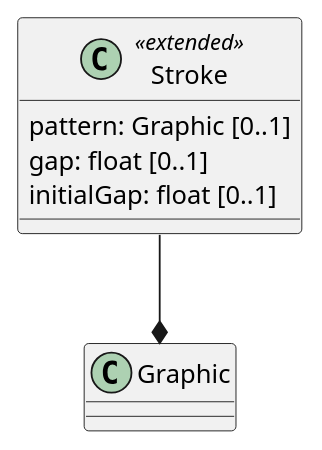
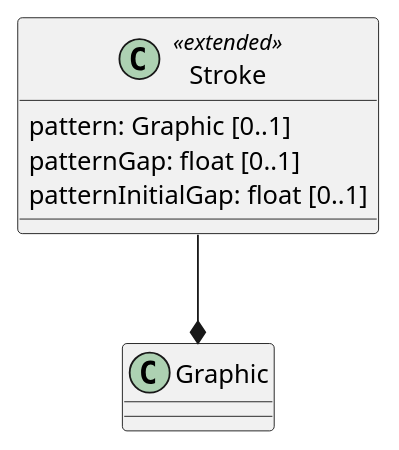
One commit to opengeospatial/styles-and-symbology changed the fourth of 4 diagrams in core/sections/clause_13_advanced_strokes.adoc. Above: the diagram before and after it, drawn with PlantUML. The commit also changed other lines of this file, not shown here.

Commit message:
13-advanced strokes: Prefixing gap/initialGap with 'pattern'

```diff
--- a/core/sections/clause_13_advanced_strokes.adoc
+++ b/core/sections/clause_13_advanced_strokes.adoc
@@ -116,8 +116,8 @@
 [plantuml, target=diagram-classes, format=png]
 ....
 class Stroke <<extended>>
 Stroke : pattern: Graphic [0..1]
-Stroke : gap: float [0..1]
-Stroke : initialGap: float [0..1]
+Stroke : patternGap: float [0..1]
+Stroke : patternInitialGap: float [0..1]
 Stroke --* Graphic
 ....
```
